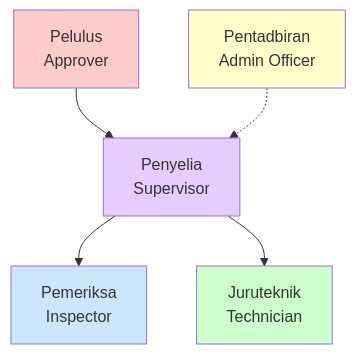
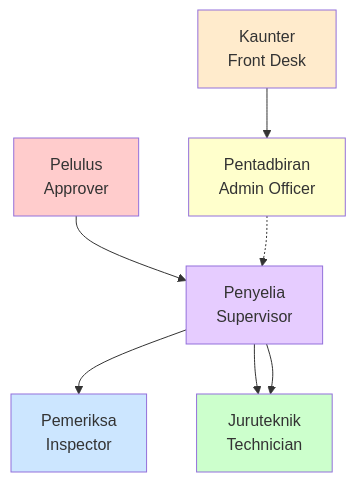
One commit to idiey/kps changed the diagram in docs/06-user-guide/01-user-roles.md. Above: the diagram before and after it, drawn with Mermaid. The commit also changed other lines of this file and 308 other files, not shown here.

````diff
--- a/docs/06-user-guide/01-user-roles.md
+++ b/docs/06-user-guide/01-user-roles.md
@@ -9,13 +9,16 @@
 ```mermaid
 graph TD
     A[Pelulus<br/>Approver] --> B[Penyelia<br/>Supervisor]
     B --> C[Pemeriksa<br/>Inspector]
     B --> D[Juruteknik<br/>Technician]
+    B --> D[Juruteknik<br/>Technician]
     E[Pentadbiran<br/>Admin Officer] -.-> B
+    F[Kaunter<br/>Front Desk] --> E
 
     style A fill:#ffcccc
     style B fill:#e6ccff
     style C fill:#cce6ff
     style D fill:#ccffcc
     style E fill:#ffffcc
+    style F fill:#ffebcc
 ```
````
